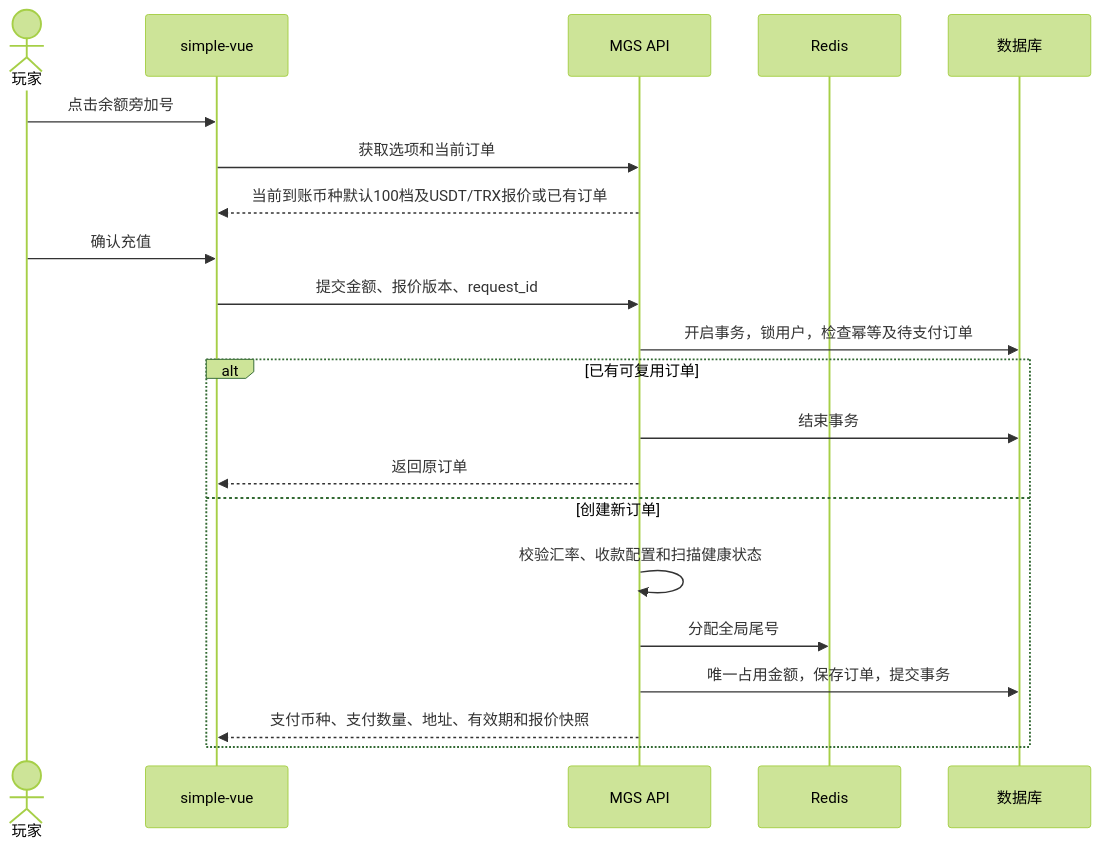
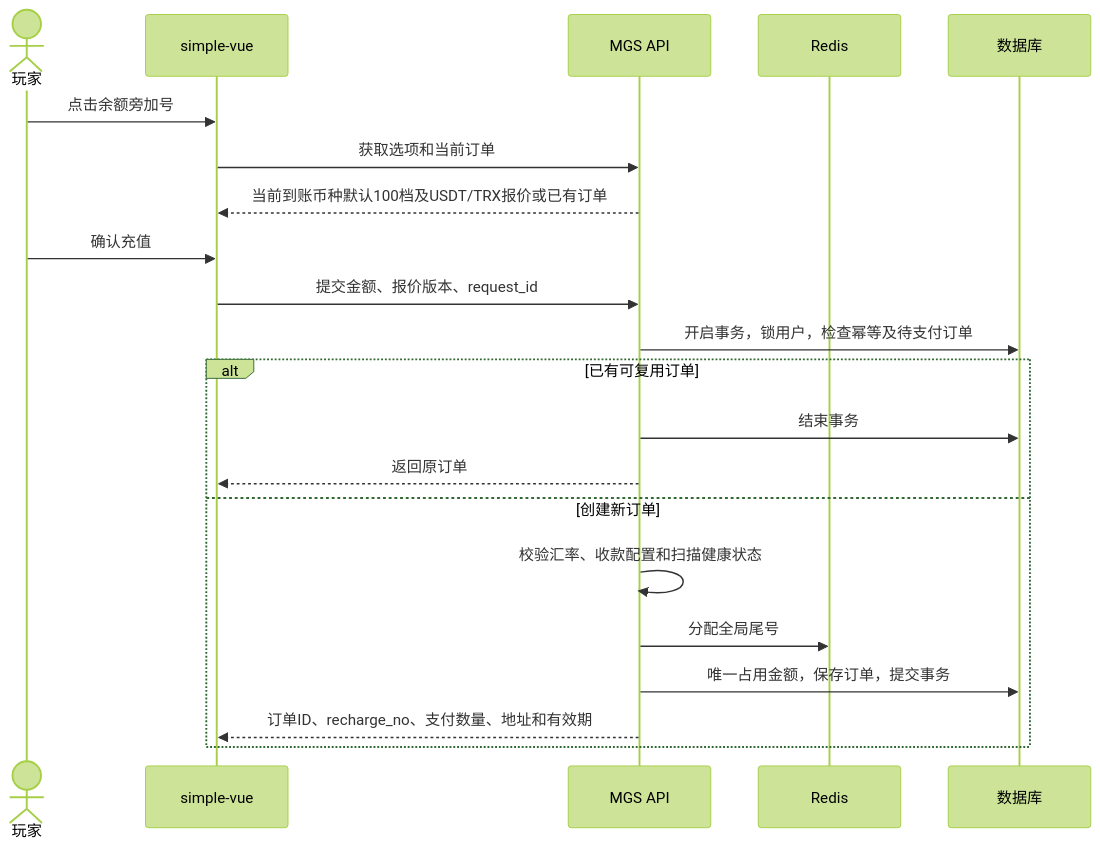
Before and after one commit to card-engine/game-platform: the first of 3 diagrams in simple-vue充值技术方案.md, drawn with Mermaid (forest theme). The commit also changed other lines of this file and 57 other files, not shown here.

Commit message:
feat: 实现自营充值扫块入账及自有币种图标

````diff
--- a/simple-vue充值技术方案.md
+++ b/simple-vue充值技术方案.md
@@ -119,23 +149,23 @@
 ```mermaid
 sequenceDiagram
     actor U as 玩家
     participant V as simple-vue
     participant A as MGS API
     participant R as Redis
     participant D as 数据库
     U->>V: 点击余额旁加号
     V->>A: 获取选项和当前订单
     A-->>V: 当前到账币种默认100档及USDT/TRX报价或已有订单
     U->>V: 确认充值
     V->>A: 提交金额、报价版本、request_id
     A->>D: 开启事务，锁用户，检查幂等及待支付订单
     alt 已有可复用订单
         A->>D: 结束事务
         A-->>V: 返回原订单
     else 创建新订单
         A->>A: 校验汇率、收款配置和扫描健康状态
         A->>R: 分配全局尾号
         A->>D: 唯一占用金额，保存订单，提交事务
-        A-->>V: 支付币种、支付数量、地址、有效期和报价快照
+        A-->>V: 订单ID、recharge_no、支付数量、地址和有效期
     end
 ```
````
